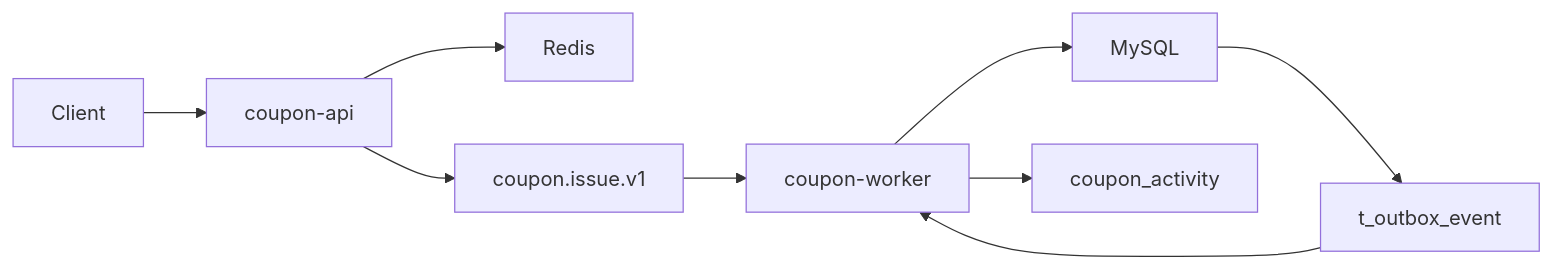
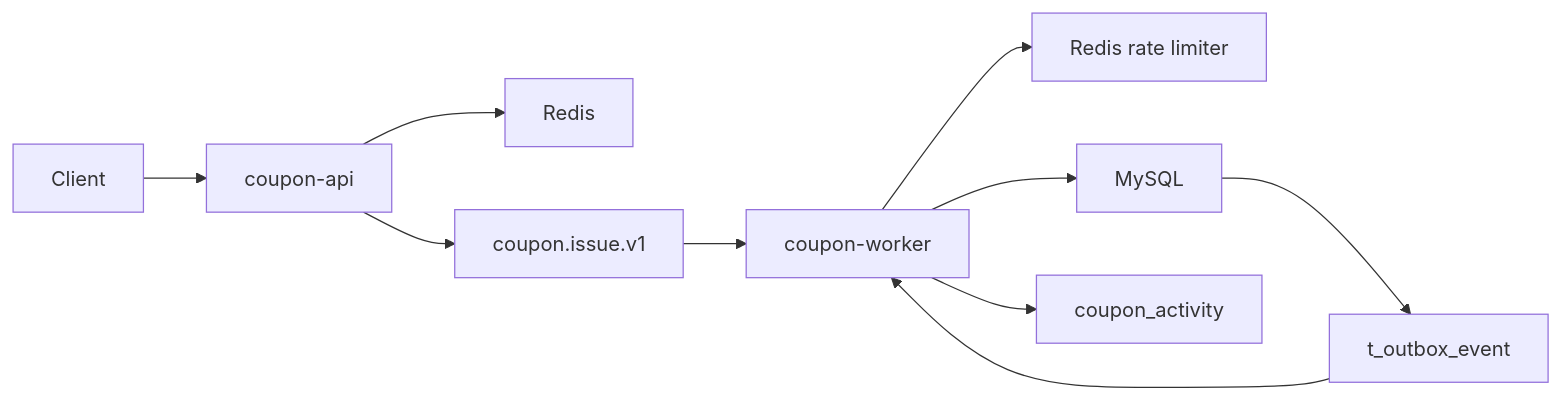
One commit to char-labs/coupon-system-design-kt changed the first of 4 diagrams in coupon/coupon-worker/docs/coupon-kafka-runtime-guide.md. Above: the diagram before and after it, drawn with Mermaid. The commit also changed other lines of this file and 28 other files, not shown here.

````diff
--- a/coupon/coupon-worker/docs/coupon-kafka-runtime-guide.md
+++ b/coupon/coupon-worker/docs/coupon-kafka-runtime-guide.md
@@ -18,20 +20,22 @@
 ```mermaid
 flowchart LR
     Client["Client"]
     Api["coupon-api"]
     Redis["Redis"]
     Kafka["coupon.issue.v1"]
     Worker["coupon-worker"]
+    Limit["Redis rate limiter"]
     Mysql["MySQL"]
     Outbox["t_outbox_event"]
     Activity["coupon_activity"]
 
     Client --> Api
     Api --> Redis
     Api --> Kafka
     Kafka --> Worker
+    Worker --> Limit
     Worker --> Mysql
     Mysql --> Outbox
     Outbox --> Worker
     Worker --> Activity
 ```
````
